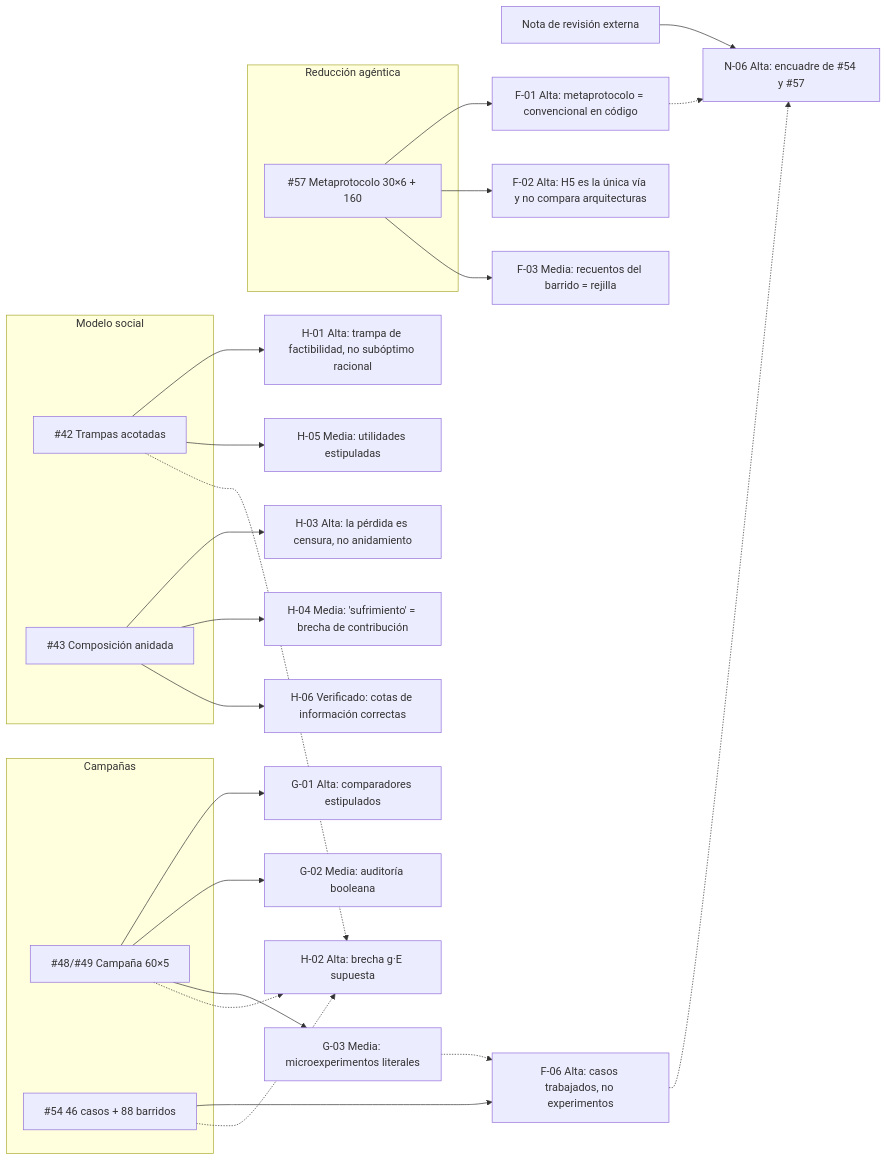
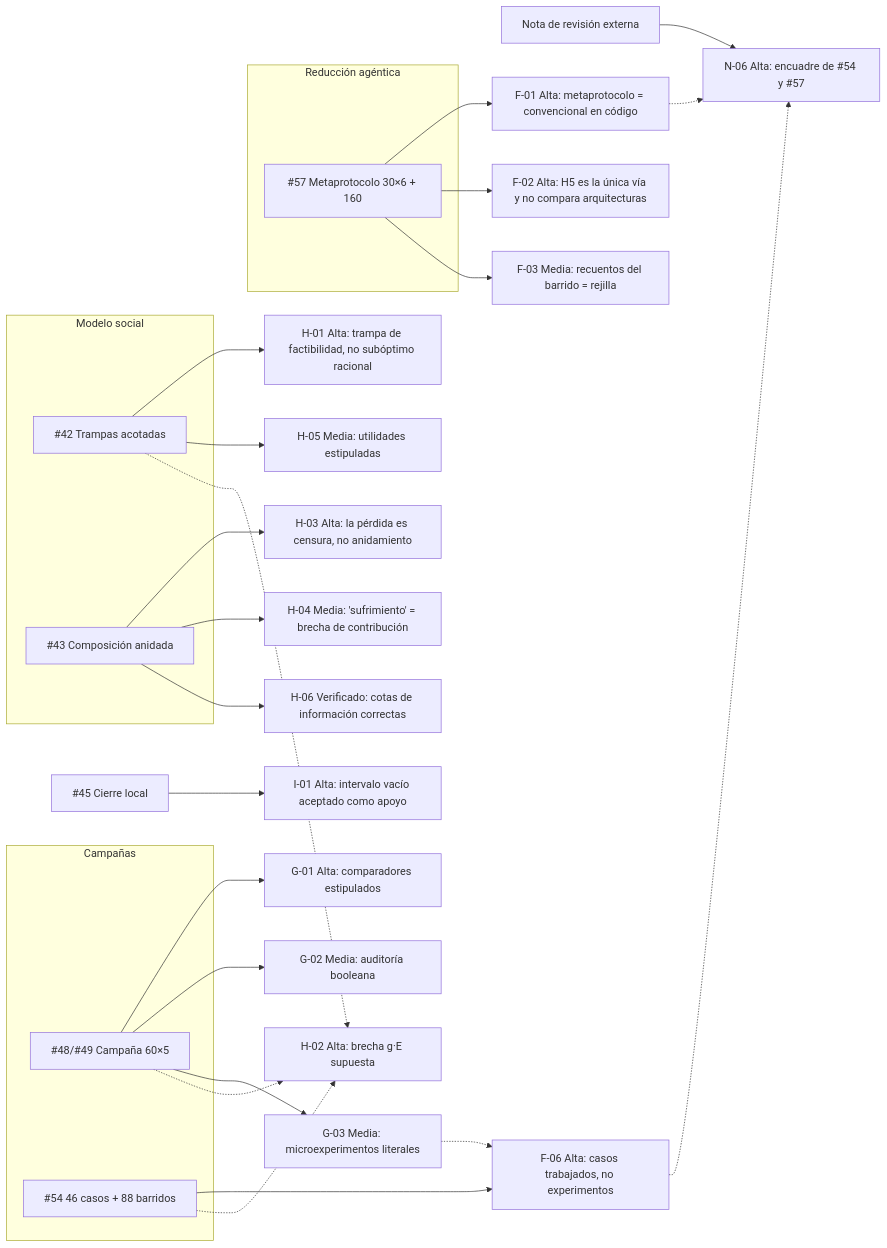
One commit to dakleyer/structural-awareness-contributions changed the first of 4 diagrams in research/ecosystem-awareness/baseline/01I-artifacts/acc-auxiliary-model-v0.1/review/incremental-audit-2026-10-26/ANNEX.md. Above: the diagram before and after it, drawn with Mermaid. The commit also changed other lines of this file and 3 other files, not shown here.

````diff
--- a/research/ecosystem-awareness/baseline/01I-artifacts/acc-auxiliary-model-v0.1/review/incremental-audit-2026-10-26/ANNEX.md
+++ b/research/ecosystem-awareness/baseline/01I-artifacts/acc-auxiliary-model-v0.1/review/incremental-audit-2026-10-26/ANNEX.md
@@ -22,37 +22,38 @@
 ```mermaid
 flowchart LR
   subgraph S["Modelo social"]
     P42["#42 Trampas acotadas"]
     P43["#43 Composición anidada"]
   end
   subgraph E["Campañas"]
     P48["#48/#49 Campaña 60×5"]
     P54["#54 46 casos + 88 barridos"]
   end
   subgraph R["Reducción agéntica"]
     P57["#57 Metaprotocolo 30×6 + 160"]
   end
   NOTE["Nota de revisión externa"]
 
   P42 --> H01["H-01 Alta: trampa de factibilidad, no subóptimo racional"]
   P42 --> H05["H-05 Media: utilidades estipuladas"]
   P43 --> H03["H-03 Alta: la pérdida es censura, no anidamiento"]
   P43 --> H04["H-04 Media: 'sufrimiento' = brecha de contribución"]
   P43 --> H06["H-06 Verificado: cotas de información correctas"]
   P48 --> G01["G-01 Alta: comparadores estipulados"]
   P48 --> G02["G-02 Media: auditoría booleana"]
   P48 --> G03["G-03 Media: microexperimentos literales"]
   P54 --> F06["F-06 Alta: casos trabajados, no experimentos"]
   P57 --> F01["F-01 Alta: metaprotocolo = convencional en código"]
   P57 --> F02["F-02 Alta: H5 es la única vía y no compara arquitecturas"]
   P57 --> F03["F-03 Media: recuentos del barrido = rejilla"]
+  P45["#45 Cierre local"] --> I01["I-01 Alta: intervalo vacío aceptado como apoyo"]
   NOTE --> N06["N-06 Alta: encuadre de #54 y #57"]
 
   H02["H-02 Alta: brecha g·E supuesta"]
   P42 -.-> H02
   P48 -.-> H02
   P54 -.-> H02
   G03 -.-> F06
   F01 -.-> N06
   F06 -.-> N06
 ```
````
